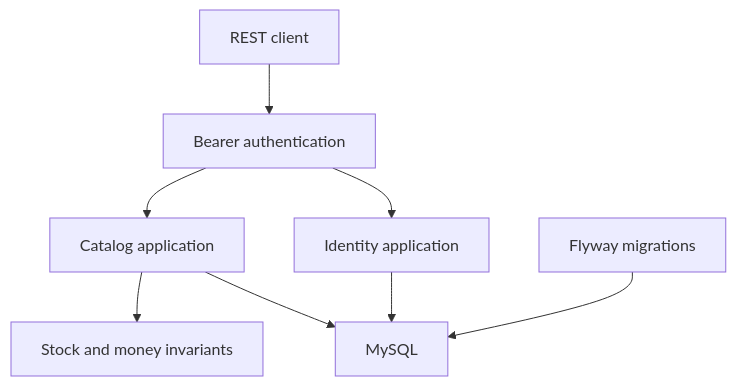
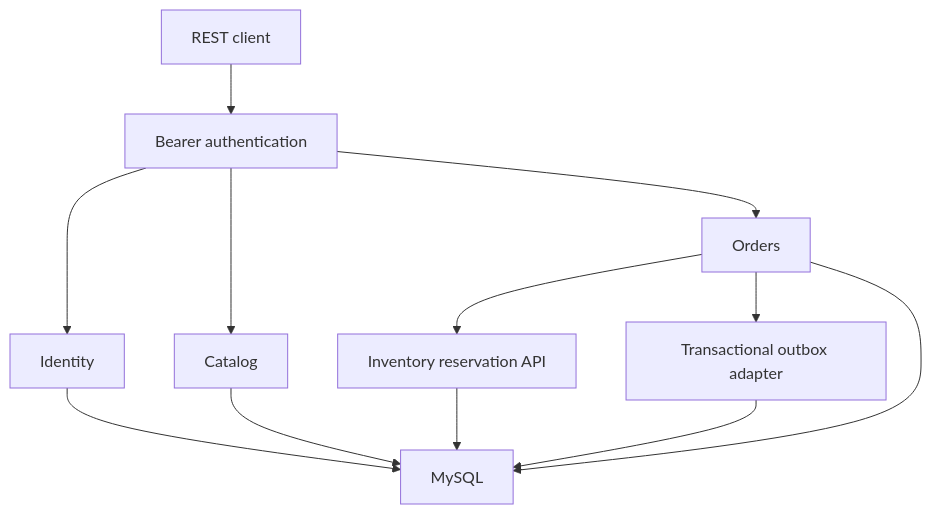
Before and after one commit to lucianoLattante/commerceflow: the diagram in docs/ARCHITECTURE.md, drawn with Mermaid. The commit also changed other lines of this file and 34 other files, not shown here.

Commit message:
feat: create orders with atomic stock reservation and outbox

````diff
--- a/docs/ARCHITECTURE.md
+++ b/docs/ARCHITECTURE.md
@@ -5,10 +5,14 @@
 ```mermaid
 flowchart TD
   Client["REST client"] --> Security["Bearer authentication"]
-  Security --> Catalog["Catalog application"]
-  Security --> Identity["Identity application"]
-  Catalog --> Stock["Stock and money invariants"]
-  Catalog --> DB["MySQL"]
+  Security --> Identity["Identity"]
+  Security --> Catalog["Catalog"]
+  Security --> Orders["Orders"]
+  Orders --> Inventory["Inventory reservation API"]
+  Orders --> Outbox["Transactional outbox adapter"]
+  Inventory --> DB["MySQL"]
+  Catalog --> DB
   Identity --> DB
-  Flyway["Flyway migrations"] --> DB
+  Orders --> DB
+  Outbox --> DB
 ```
````
